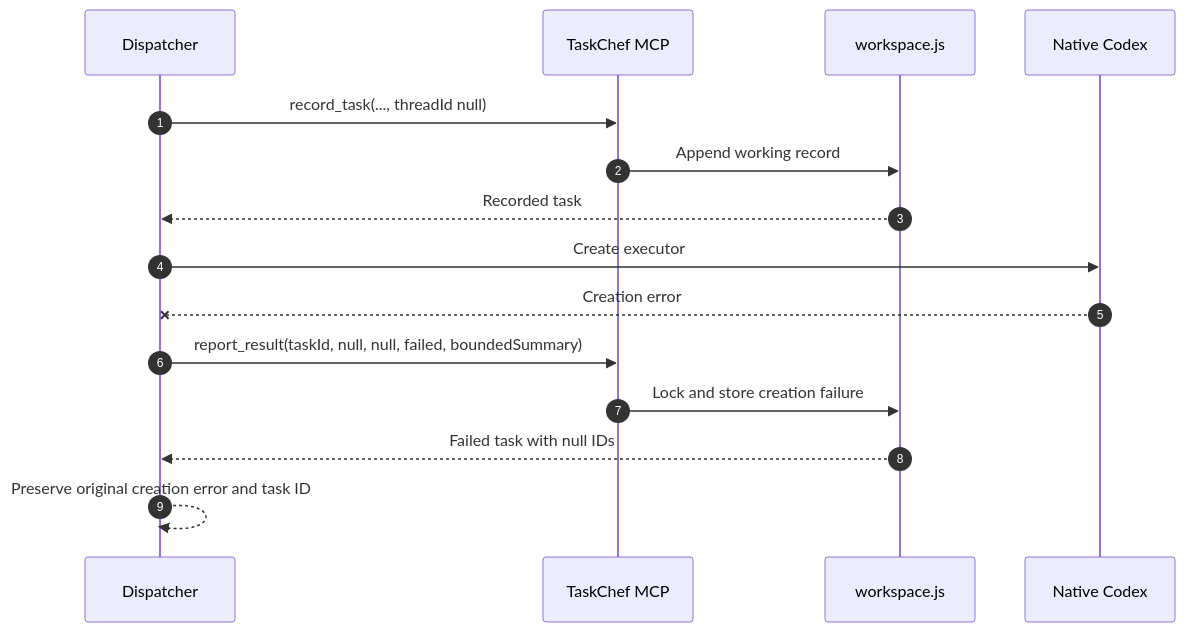
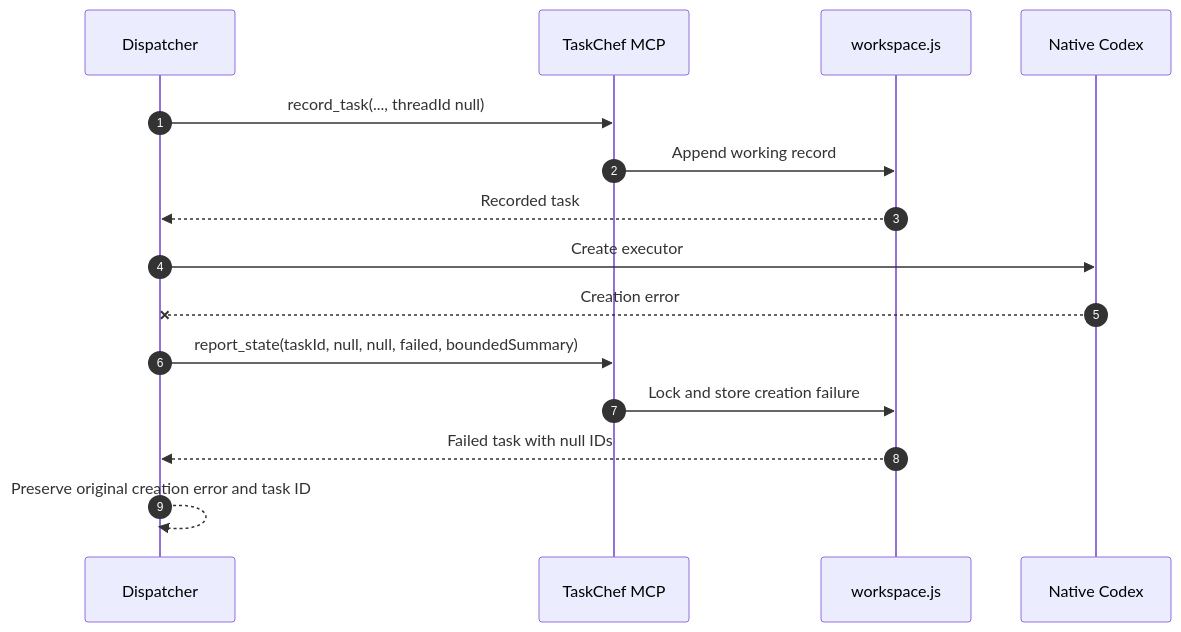
One commit to favoyang/taskchef changed the fifth of 6 diagrams in docs/workflows.md. Above: the diagram before and after it, drawn with Mermaid. The commit also changed other lines of this file and 15 other files, not shown here.

````diff
--- a/docs/workflows.md
+++ b/docs/workflows.md
@@ -165,17 +177,17 @@
 ```mermaid
 sequenceDiagram
   autonumber
   participant D as Dispatcher
   participant M as TaskChef MCP
   participant W as workspace.js
   participant C as Native Codex
   D->>M: record_task(..., threadId null)
   M->>W: Append working record
   W-->>D: Recorded task
   D->>C: Create executor
   C--xD: Creation error
-  D->>M: report_result(taskId, null, null, failed, boundedSummary)
+  D->>M: report_state(taskId, null, null, failed, boundedSummary)
   M->>W: Lock and store creation failure
   W-->>D: Failed task with null IDs
   D-->>D: Preserve original creation error and task ID
 ```
````
